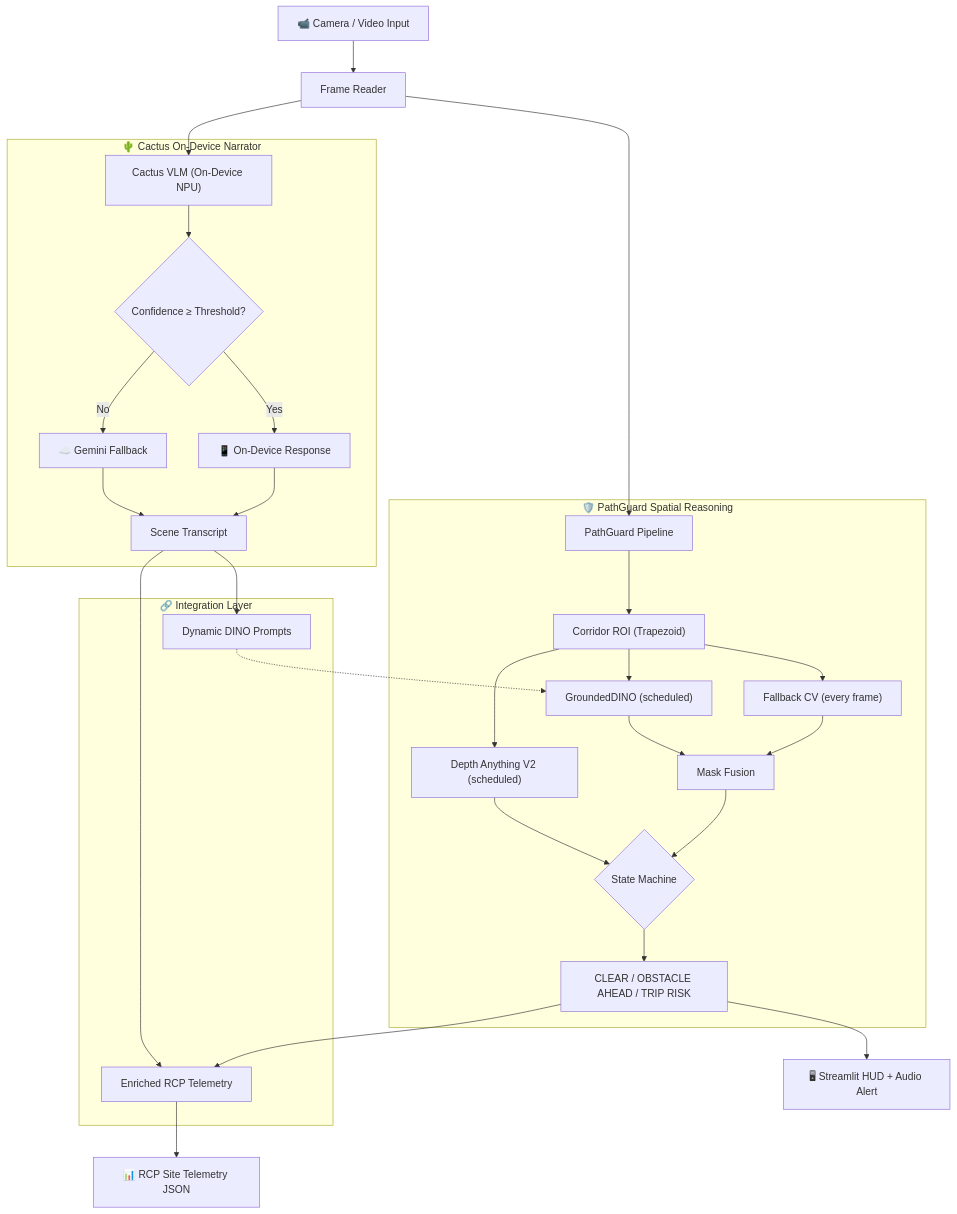
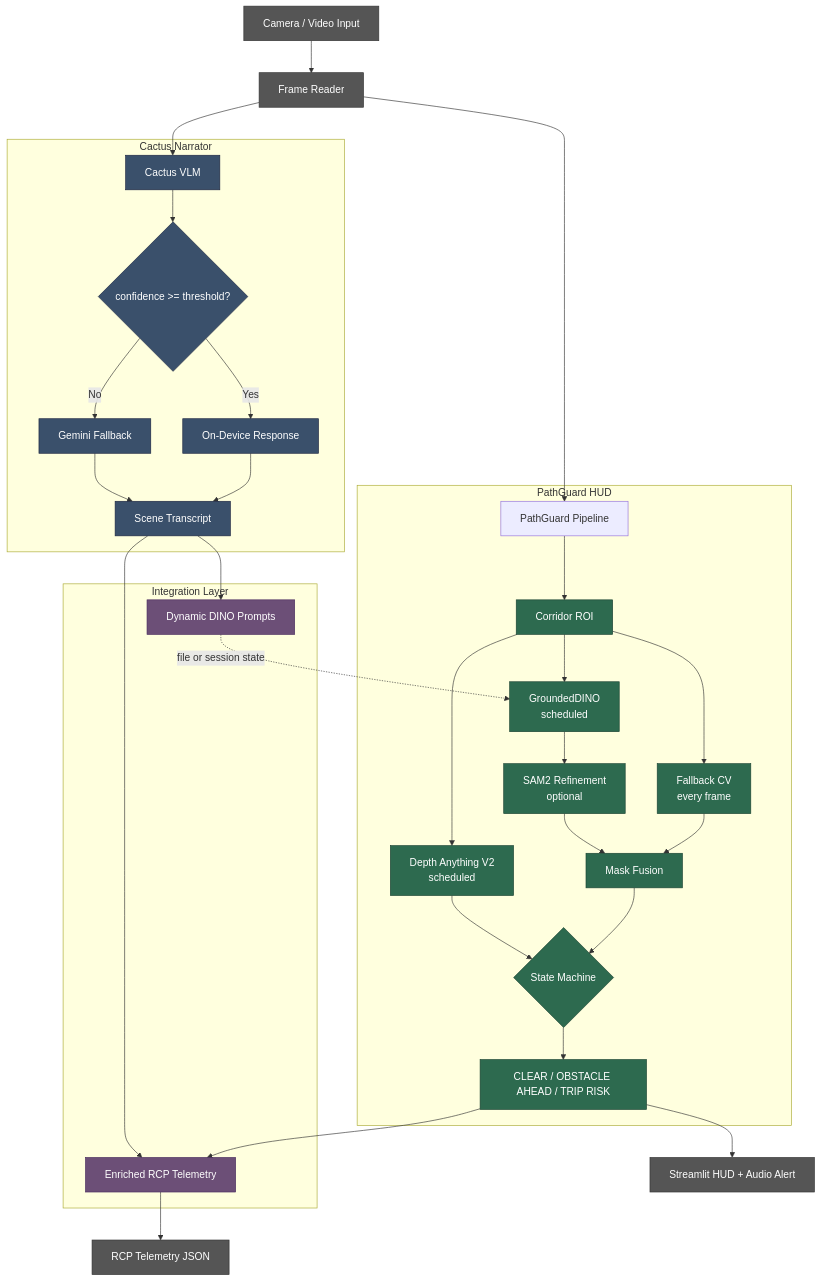
One commit to Rayhanpatel/PathGuard changed the first of 2 diagrams in README.md. Above: the diagram before and after it, drawn with Mermaid. The commit also changed other lines of this file and 2 other files, not shown here.

````diff
--- a/README.md
+++ b/README.md
@@ -39,37 +166,48 @@
 ```mermaid
 flowchart TD
-    A["📹 Camera / Video Input"] --> B["Frame Reader"]
+    A["Camera / Video Input"] --> B["Frame Reader"]
 
     B --> C["PathGuard Pipeline"]
-    B --> D["Cactus VLM (On-Device NPU)"]
+    B --> D["Cactus VLM"]
 
-    subgraph PathGuard["🛡️ PathGuard Spatial Reasoning"]
-        C --> E["Corridor ROI (Trapezoid)"]
-        E --> F["Fallback CV (every frame)"]
-        E --> G["GroundedDINO (scheduled)"]
-        E --> H["Depth Anything V2 (scheduled)"]
+    subgraph PG["PathGuard HUD"]
+        C --> E["Corridor ROI"]
+        E --> F["Fallback CV<br/>every frame"]
+        E --> G["GroundedDINO<br/>scheduled"]
+        E --> H["Depth Anything V2<br/>scheduled"]
+        G --> SAM["SAM2 Refinement<br/>optional"]
         F --> I["Mask Fusion"]
-        G --> I
+        SAM --> I
         I --> J{"State Machine"}
         H --> J
         J --> K["CLEAR / OBSTACLE AHEAD / TRIP RISK"]
     end
 
-    subgraph Narrator["🌵 Cactus On-Device Narrator"]
-        D --> L{"Confidence ≥ Threshold?"}
-        L -- Yes --> M["📱 On-Device Response"]
-        L -- No --> N["☁️ Gemini Fallback"]
+    subgraph CN["Cactus Narrator"]
+        D --> L{"confidence >= threshold?"}
+        L -- Yes --> M["On-Device Response"]
+        L -- No --> N["Gemini Fallback"]
         M --> O["Scene Transcript"]
         N --> O
     end
 
-    subgraph Integration["🔗 Integration Layer"]
+    subgraph IL["Integration Layer"]
         O --> P["Dynamic DINO Prompts"]
-        P -.-> G
+        P -.->|file or session state| G
         K --> Q["Enriched RCP Telemetry"]
         O --> Q
     end
 
-    K --> R["🖥 Streamlit HUD + Audio Alert"]
-    Q --> S["📊 RCP Site Telemetry JSON"]
+    K --> R["Streamlit HUD + Audio Alert"]
+    Q --> S["RCP Telemetry JSON"]
+
+    classDef spatial fill:#2d6a4f,stroke:#1b4332,color:#fff
+    classDef narrator fill:#3a506b,stroke:#1c2541,color:#fff
+    classDef integration fill:#6c4f77,stroke:#4a2c5e,color:#fff
+    classDef io fill:#555,stroke:#333,color:#fff
+
+    class E,F,G,H,SAM,I,J,K spatial
+    class D,L,M,N,O narrator
+    class P,Q integration
+    class A,B,R,S io
 ```
````
